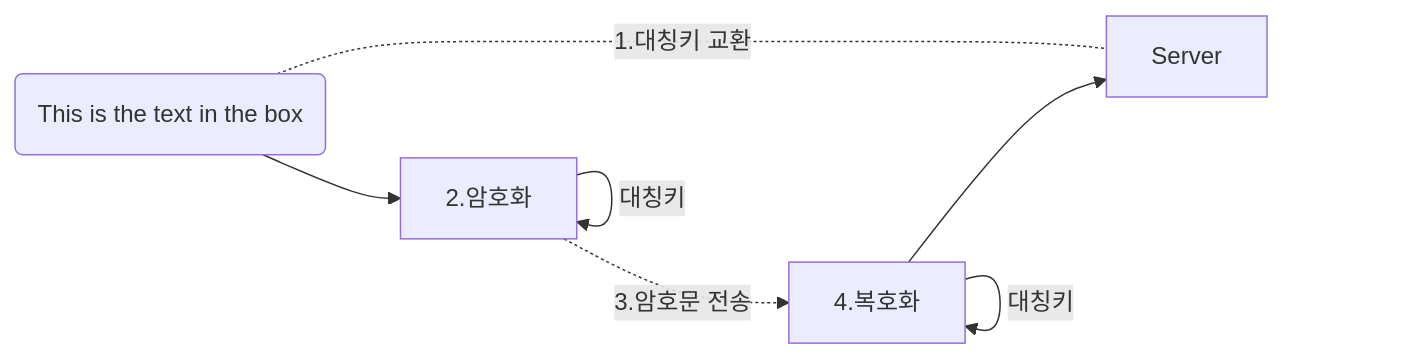
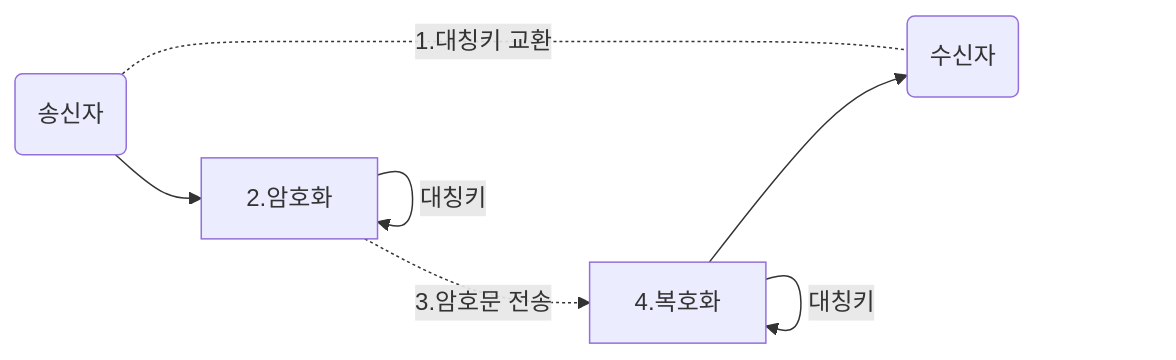
The first of 2 diagrams in _posts/develop/network/2019-02-12-TLS.md (1sonjm/1sonjm.github.io), drawn with Mermaid before and after one commit. The commit also changed other lines of this file, not shown here.

Commit message:
_posts/develop/network/2019-02-12-TLS.md updated from https://stackedit.io/

````diff
--- a/_posts/develop/network/2019-02-12-TLS.md
+++ b/_posts/develop/network/2019-02-12-TLS.md
@@ -20,11 +20,11 @@
 ```mermaid
 graph LR
-	Client(This is the text in the box)
-	Client(This is the text in the box)
-	Client-.-|1.대칭키 교환|Server
-	Client-->2.암호화
+	sender(송신자)
+	reciver(수신자)
+	sender-.-|1.대칭키 교환|reciver
+	sender-->2.암호화
 	2.암호화-->|대칭키|2.암호화
 	2.암호화-.->|3.암호문 전송|4.복호화
 	4.복호화-->|대칭키|4.복호화
-	4.복호화-->Server
+	4.복호화-->reciver
 ```
````
